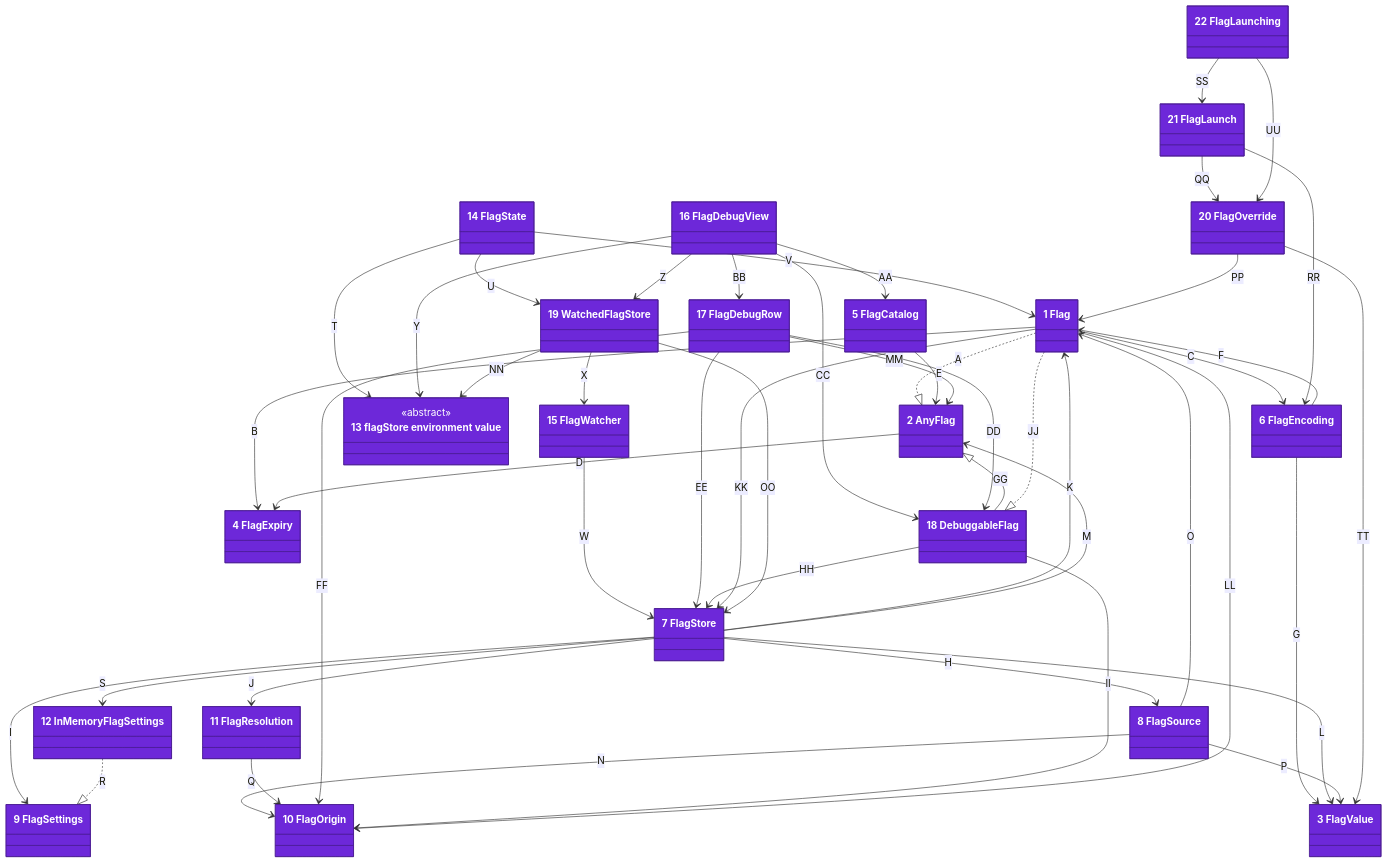
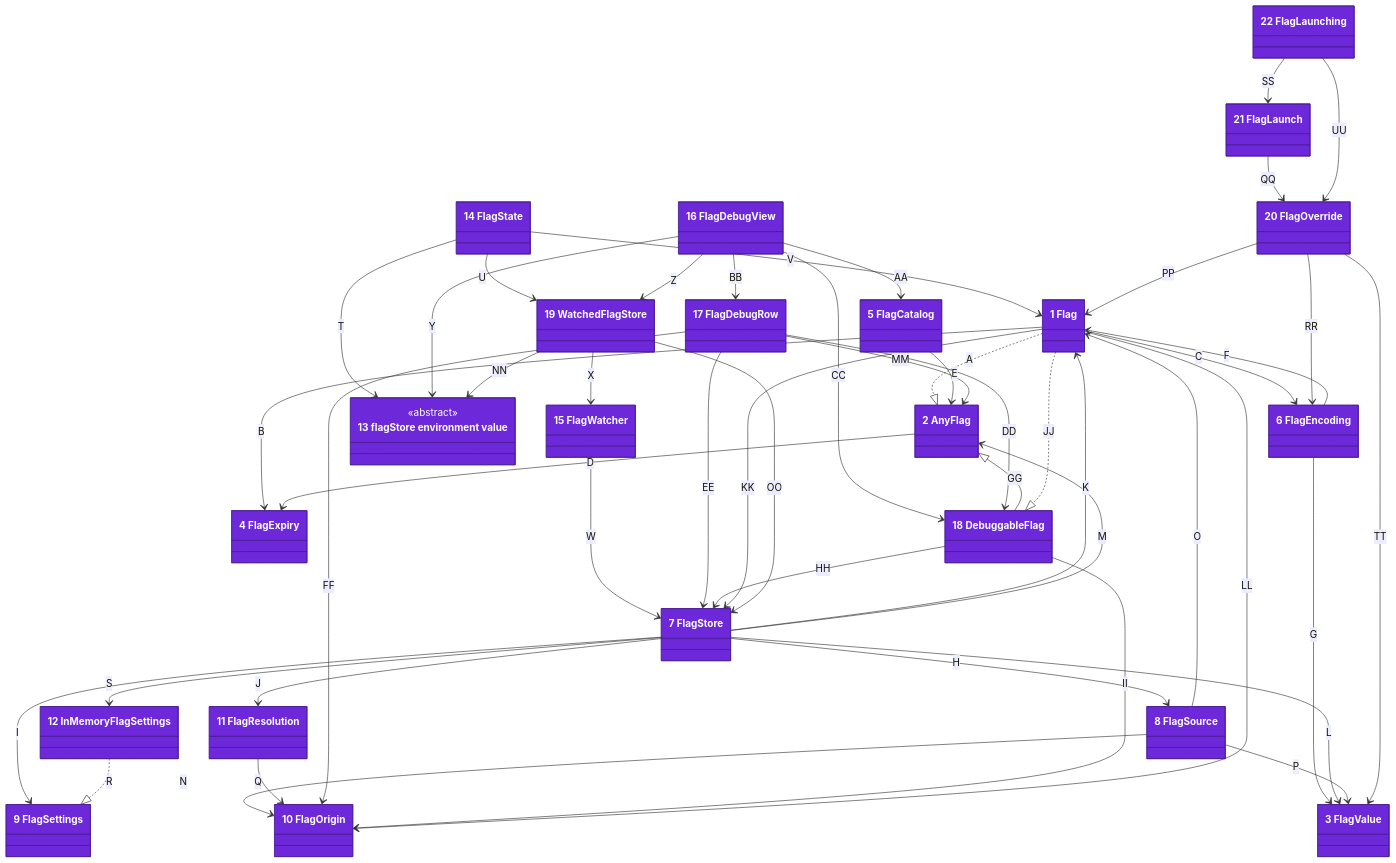
One commit to may-journal/feature-flag-kit changed the first of 2 diagrams in docs/architecture/04-code.md. Above: the diagram before and after it, drawn with Mermaid. The commit also changed other lines of this file and 8 other files, not shown here.

```diff
--- a/docs/architecture/04-code.md
+++ b/docs/architecture/04-code.md
@@ -74,7 +74,7 @@
     FlagOverride --> Flag : PP
     FlagOverride --> FlagValue : TT
     FlagLaunch --> FlagOverride : QQ
-    FlagLaunch --> FlagEncoding : RR
+    FlagOverride --> FlagEncoding : RR
     FlagLaunching --> FlagLaunch : SS
     FlagLaunching --> FlagOverride : UU
 
```
